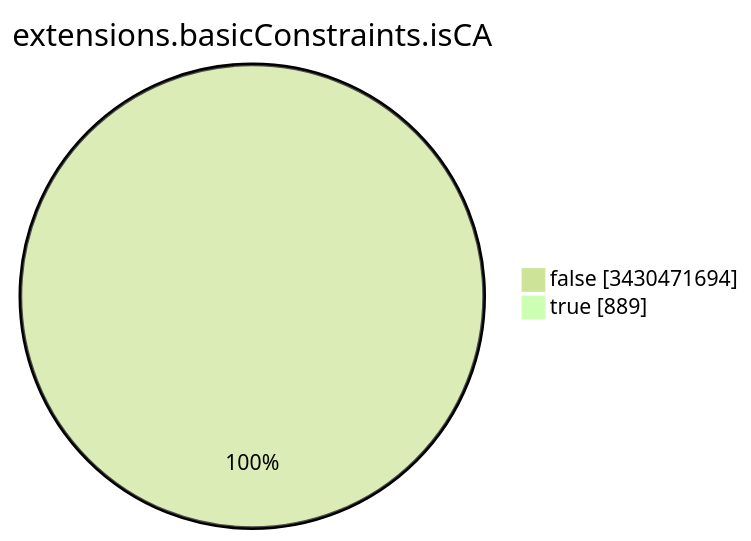
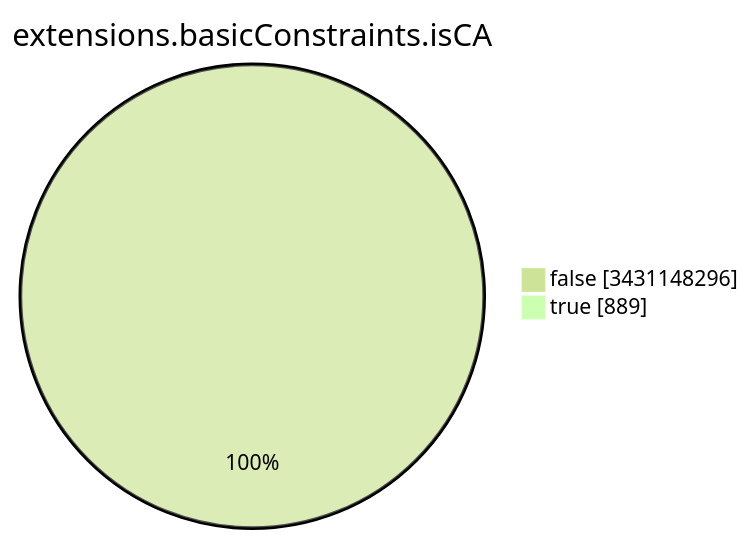
The seventh of 15 diagrams in TOTAL/README.md (christiankrug/ctmonitor_visualization), drawn with Mermaid (forest theme) before and after one commit. The commit also changed other lines of this file, not shown here.

````diff
--- a/TOTAL/README.md
+++ b/TOTAL/README.md
@@ -3092,6 +3092,6 @@
 ```mermaid
 pie showData
 title extensions.basicConstraints.isCA
-"false" :3430471694
+"false" :3431148296
 "true" :889
 ```
````
